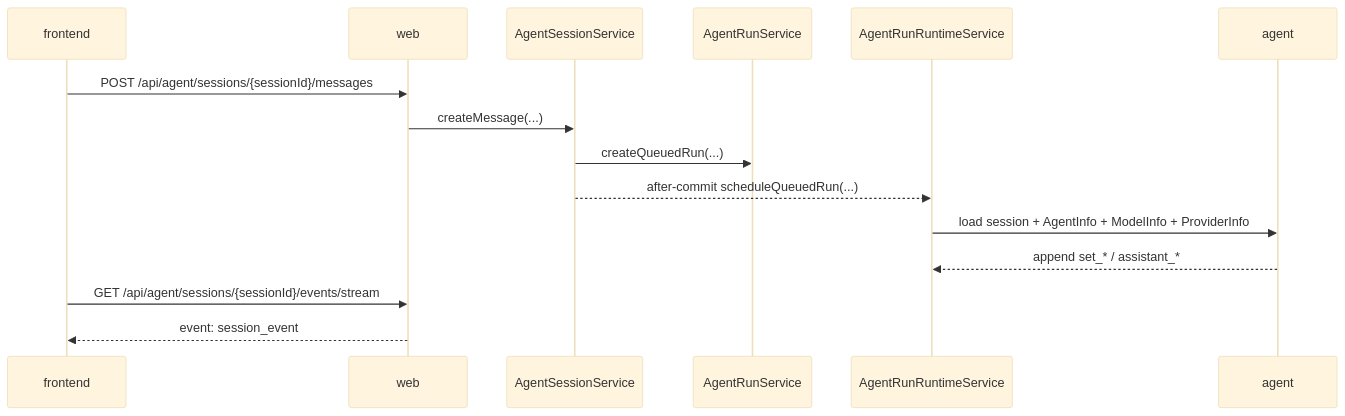
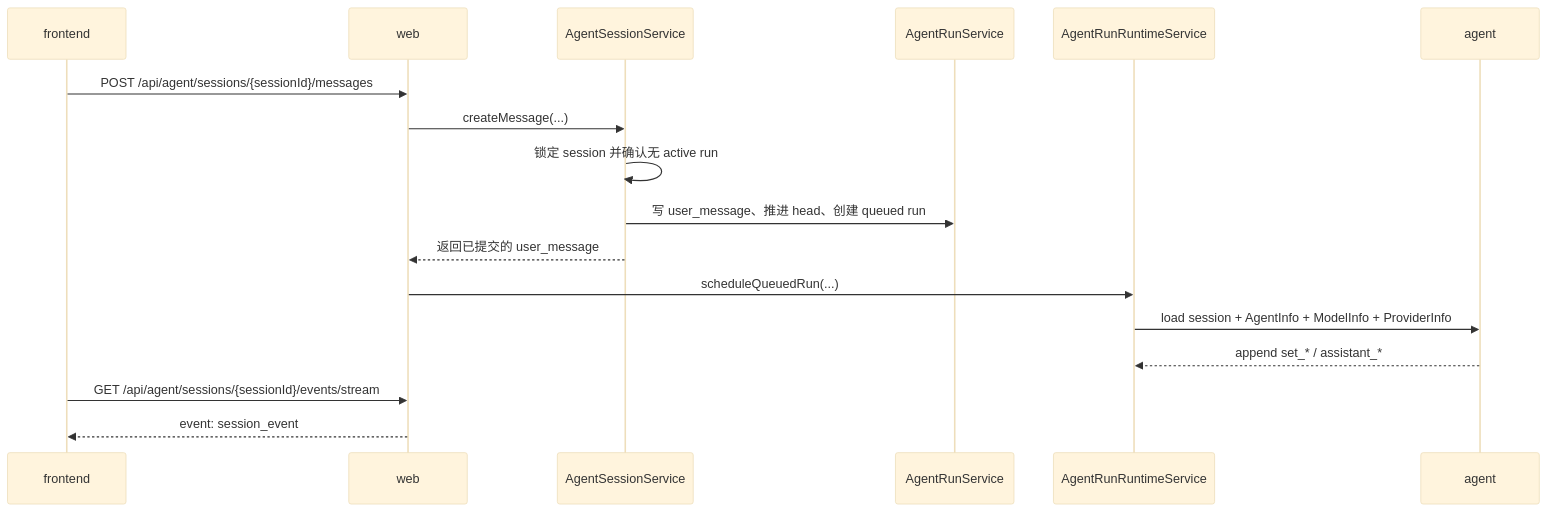
One commit to fengwk/kk-studio changed the second of 2 diagrams in docs/technical-solution/backend-implementation-design.md. Above: the diagram before and after it, drawn with Mermaid (base theme). The commit also changed other lines of this file and 175 other files, not shown here.

First line of the commit message:
refactor(agent): simplify runtime and session state

````diff
--- a/docs/technical-solution/backend-implementation-design.md
+++ b/docs/technical-solution/backend-implementation-design.md
@@ -45,18 +45,20 @@
 ```mermaid
 sequenceDiagram
     participant FE as frontend
     participant WEB as web
     participant SESSION as AgentSessionService
     participant RUN as AgentRunService
     participant RUNTIME as AgentRunRuntimeService
     participant AGENT as agent
 
     FE->>WEB: POST /api/agent/sessions/{sessionId}/messages
     WEB->>SESSION: createMessage(...)
-    SESSION->>RUN: createQueuedRun(...)
-    SESSION-->>RUNTIME: after-commit scheduleQueuedRun(...)
+    SESSION->>SESSION: 锁定 session 并确认无 active run
+    SESSION->>RUN: 写 user_message、推进 head、创建 queued run
+    SESSION-->>WEB: 返回已提交的 user_message
+    WEB->>RUNTIME: scheduleQueuedRun(...)
     RUNTIME->>AGENT: load session + AgentInfo + ModelInfo + ProviderInfo
     AGENT-->>RUNTIME: append set_* / assistant_*
     FE->>WEB: GET /api/agent/sessions/{sessionId}/events/stream
     WEB-->>FE: event: session_event
 ```
````
